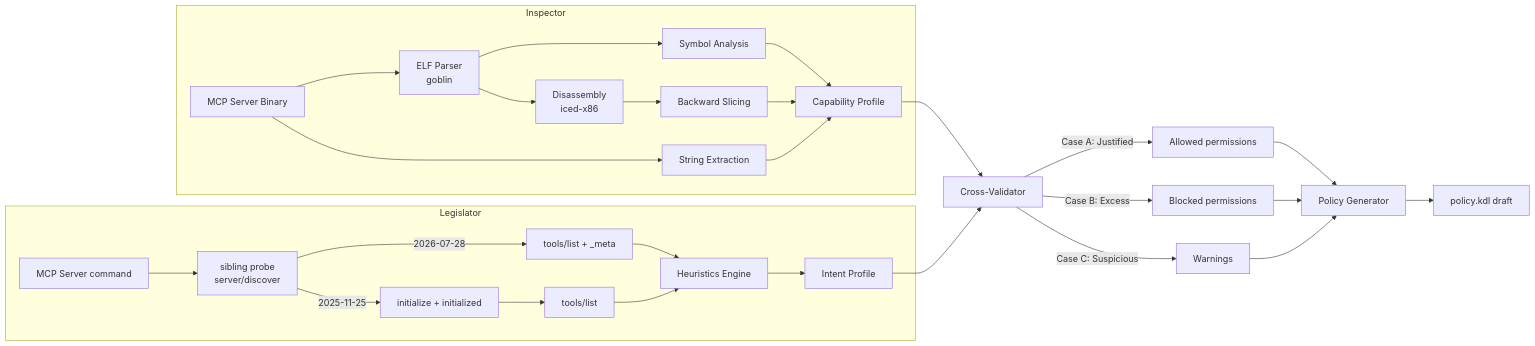
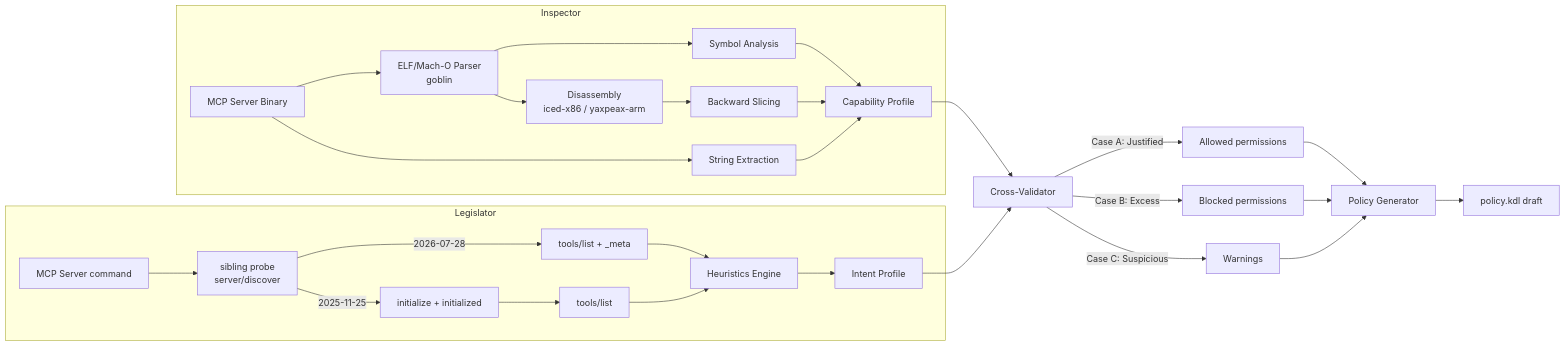
The eighth of 10 diagrams in docs/guide.md (strumbyte/mcp-writ), drawn with Mermaid before and after one commit. The commit also changed other lines of this file and 16 other files, not shown here.

First line of the commit message:
Update documentation to reflect ELF/Mach-O multi-architecture analysis support and clarify host vs. target independence

````diff
--- a/docs/guide.md
+++ b/docs/guide.md
@@ -425,35 +425,35 @@
 ```mermaid
 flowchart LR
     subgraph Inspector
-        B[MCP Server Binary] --> EP[ELF Parser<br/>goblin]
+        B[MCP Server Binary] --> EP[ELF/Mach-O Parser<br/>goblin]
         EP --> SY[Symbol Analysis]
-        EP --> DI[Disassembly<br/>iced-x86]
+        EP --> DI[Disassembly<br/>iced-x86 / yaxpeax-arm]
         DI --> SL[Backward Slicing]
         SY --> CP[Capability Profile]
         SL --> CP
         B --> ST[String Extraction]
         ST --> CP
     end
 
     subgraph Legislator
         CMD["MCP Server command"] --> PROBE["sibling probe<br/>server/discover"]
         PROBE -->|2026-07-28| TL["tools/list + _meta"]
         PROBE -->|2025-11-25| INIT["initialize + initialized"]
         INIT --> TL2["tools/list"]
         TL --> HE[Heuristics Engine]
         TL2 --> HE
         HE --> IP[Intent Profile]
     end
 
     CP --> XV[Cross-Validator]
     IP --> XV
 
     XV -->|Case A: Justified| AL[Allowed permissions]
     XV -->|Case B: Excess| BL[Blocked permissions]
     XV -->|Case C: Suspicious| WA[Warnings]
 
     AL --> PG[Policy Generator]
     BL --> PG
     WA --> PG
     PG --> PT[policy.kdl draft]
 ```
````
